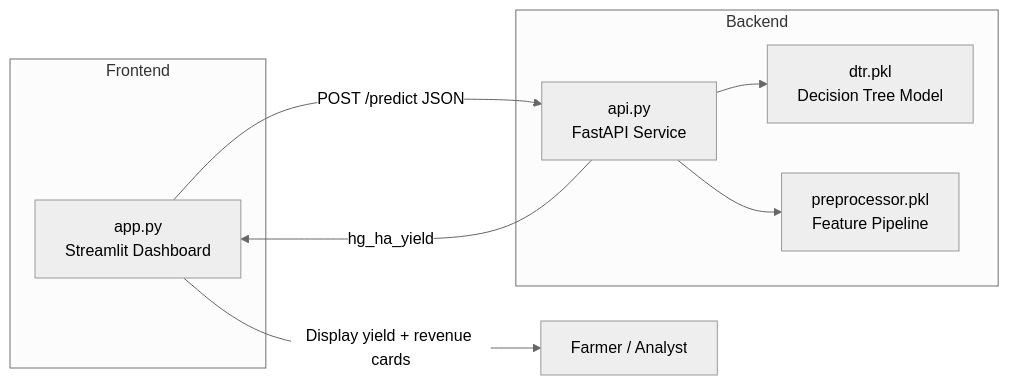
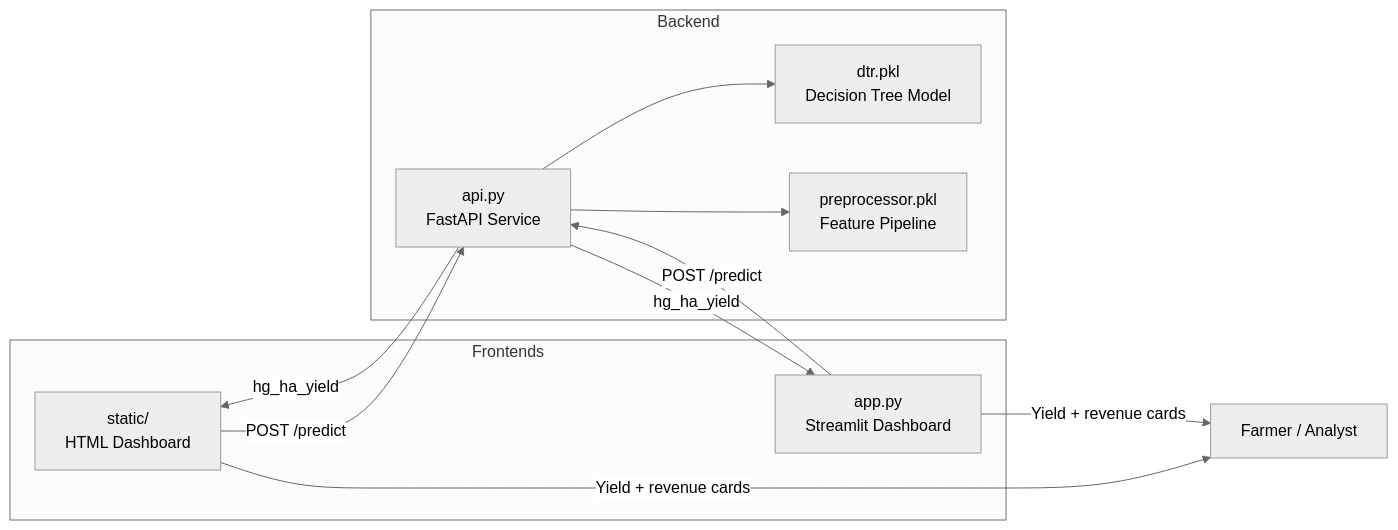
One commit to Rayyan-Ahmad-Portfolio/Agriculture-Crop-Yeild-Prediction changed the diagram in README.md. Above: the diagram before and after it, drawn with Mermaid (neutral theme). The commit also changed other lines of this file and 1 other file, not shown here.

````diff
--- a/README.md
+++ b/README.md
@@ -39,16 +41,20 @@
 ```mermaid
 flowchart LR
-    subgraph Frontend
-        A[app.py<br/>Streamlit Dashboard]
+    subgraph Frontends
+        H[static/<br/>HTML Dashboard]
+        S[app.py<br/>Streamlit Dashboard]
     end
     subgraph Backend
         B[api.py<br/>FastAPI Service]
         C[dtr.pkl<br/>Decision Tree Model]
         D[preprocessor.pkl<br/>Feature Pipeline]
     end
-    A -->|POST /predict JSON| B
+    H -->|POST /predict| B
+    S -->|POST /predict| B
     B --> C
     B --> D
-    B -->|hg_ha_yield| A
-    A -->|Display yield + revenue cards| U[Farmer / Analyst]
+    B -->|hg_ha_yield| H
+    B -->|hg_ha_yield| S
+    H -->|Yield + revenue cards| U[Farmer / Analyst]
+    S -->|Yield + revenue cards| U
 ```
````
